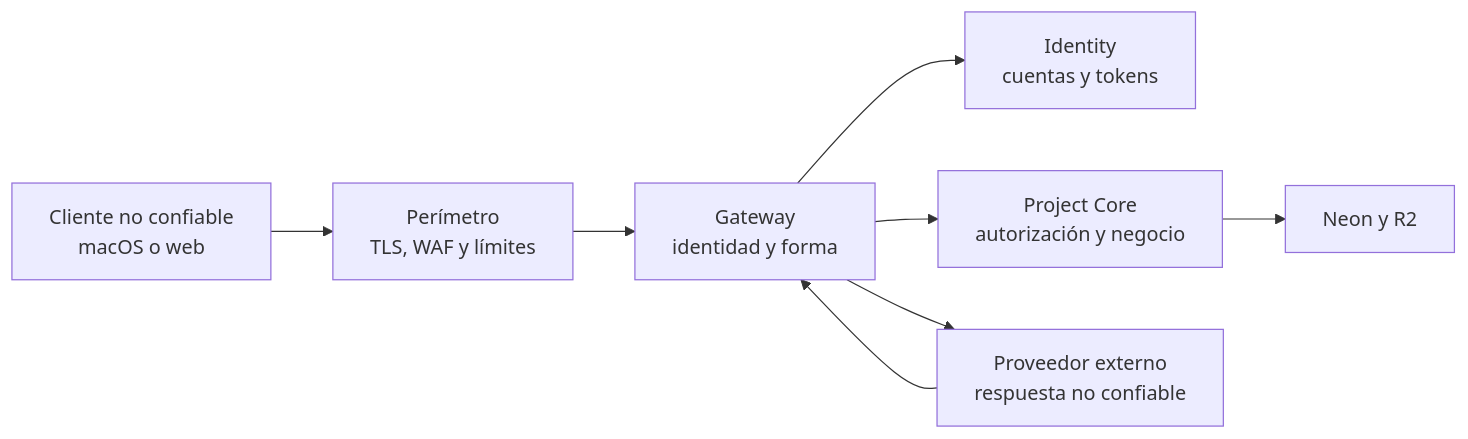
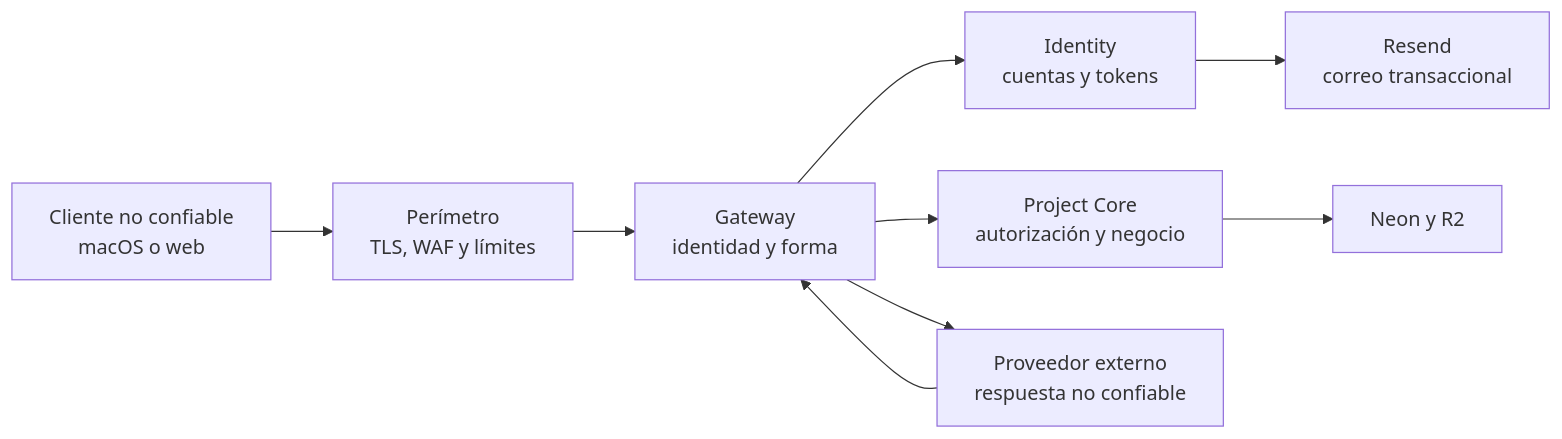
Before and after one commit to DARONcin/tazkle: the diagram in docs/security/threat-model.md, drawn with Mermaid. The commit also changed other lines of this file and 58 other files, not shown here.

First line of the commit message:
feat: project graph domain, Gateway proxy, and account recovery refinements

````diff
--- a/docs/security/threat-model.md
+++ b/docs/security/threat-model.md
@@ -14,15 +14,17 @@
 ```mermaid
 flowchart LR
     CLIENT["Cliente no confiable<br/>macOS o web"]
     EDGE["Perímetro<br/>TLS, WAF y límites"]
     GW["Gateway<br/>identidad y forma"]
     ID["Identity<br/>cuentas y tokens"]
+    EMAIL["Resend<br/>correo transaccional"]
     CORE["Project Core<br/>autorización y negocio"]
     DATA["Neon y R2"]
     AI["Proveedor externo<br/>respuesta no confiable"]
 
     CLIENT --> EDGE --> GW --> ID
     GW --> CORE --> DATA
+    ID --> EMAIL
     GW --> AI
     AI --> GW
 ```
````
